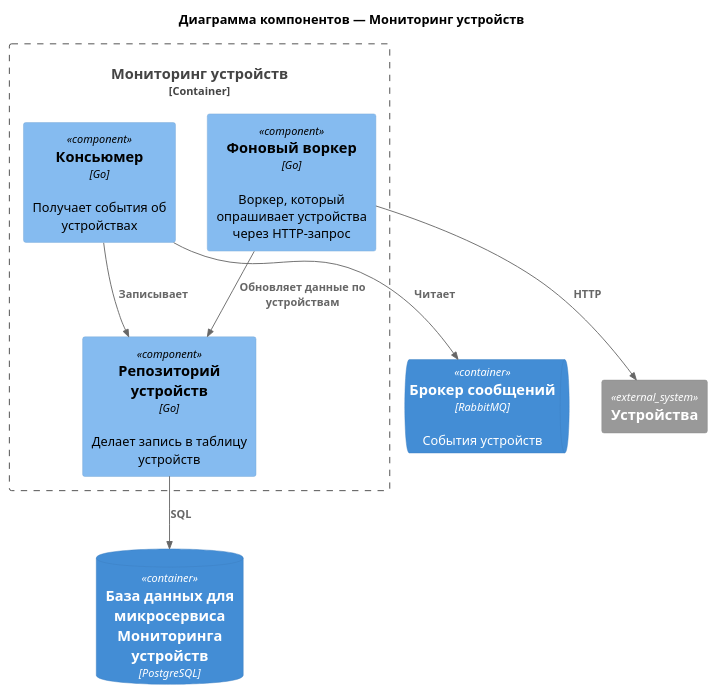
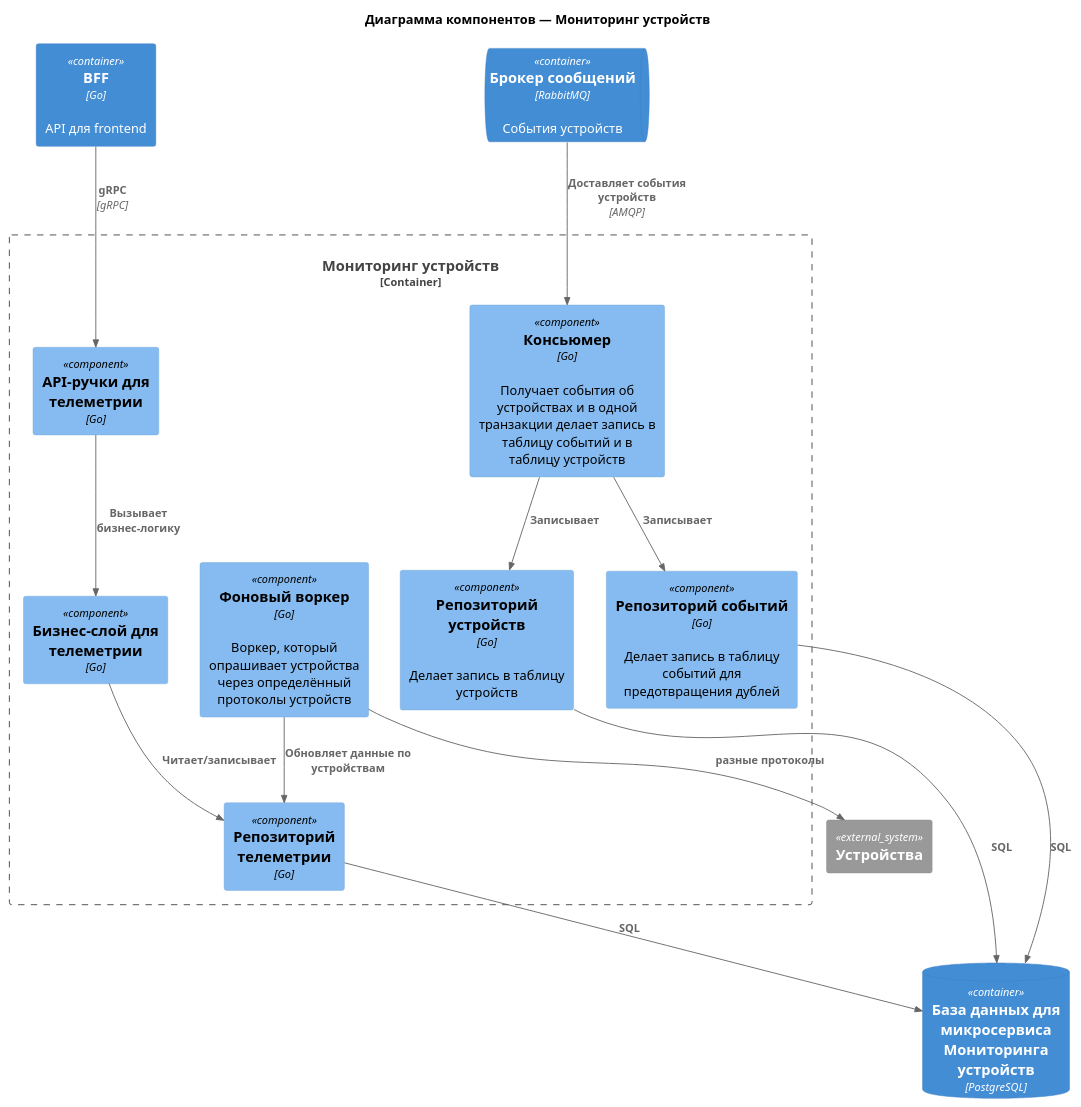
Before and after one commit to NikolosHGW/architecture-pro-warmhouse: the diagram in schemas/2/components-monitoring.puml, drawn with PlantUML. The commit also changed 1 other file, not shown here.

Commit message:
Задание 2: Диаграмма компонентов - Мониторинг устройств update

```diff
--- a/schemas/2/components-monitoring.puml
+++ b/schemas/2/components-monitoring.puml
@@ -1,24 +1,39 @@
 @startuml
 !include <C4/C4_Component>
 
 title Диаграмма компонентов — Мониторинг устройств
 
+Container(bff, "BFF", "Go", "API для frontend")
 ContainerDb(db, "База данных для микросервиса Мониторинга устройств", "PostgreSQL")
 ContainerQueue(rabbit, "Брокер сообщений", "RabbitMQ", "События устройств")
 System_Ext(user_devices, "Устройства")
 
 Container_Boundary(monitoring, "Мониторинг устройств") {
-    Component(consumer, "Консьюмер", "Go", "Получает события об устройствах")
+    Component(consumer, "Консьюмер", "Go", "Получает события об устройствах и в одной транзакции делает запись в таблицу событий и в таблицу устройств")
     
     Component(devices_repo, "Репозиторий устройств", "Go", "Делает запись в таблицу устройств")
     
-    Component(worker, "Фоновый воркер", "Go", "Воркер, который опрашивает устройства через HTTP-запрос")
+    Component(events_repo, "Репозиторий событий", "Go", "Делает запись в таблицу событий для предотвращения дублей")
+    
+    Component(worker, "Фоновый воркер", "Go", "Воркер, который опрашивает устройства через определённый протоколы устройств")
+
+    Component(telemetry_handler, "API-ручки для телеметрии", "Go")
+
+    Component(telemetry_service, "Бизнес-слой для телеметрии", "Go")
+    
+    Component(telemetry_repo, "Репозиторий телеметрии", "Go")
 }
 
-Rel(consumer, rabbit, "Читает")
+Rel(rabbit, consumer, "Доставляет события устройств", "AMQP")
 Rel(consumer, devices_repo, "Записывает")
+Rel(consumer, events_repo, "Записывает")
 Rel(devices_repo, db, "SQL")
-Rel(worker, user_devices, "HTTP")
-Rel(worker, devices_repo, "Обновляет данные по устройствам")
+Rel(events_repo, db, "SQL")
+Rel(worker, user_devices, "разные протоколы")
+Rel(worker, telemetry_repo, "Обновляет данные по устройствам")
+Rel(telemetry_repo, db, "SQL")
+Rel(bff, telemetry_handler, "gRPC", "gRPC")
+Rel(telemetry_handler, telemetry_service, "Вызывает бизнес-логику")
+Rel(telemetry_service, telemetry_repo, "Читает/записывает")
 
 @enduml
```
